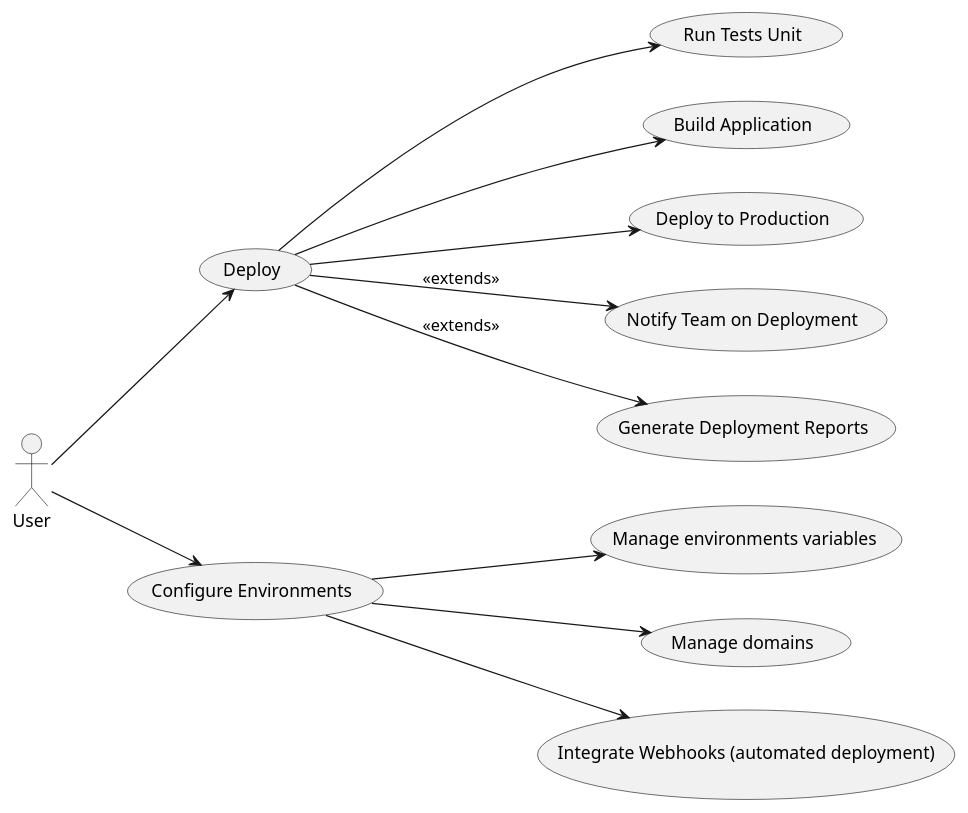
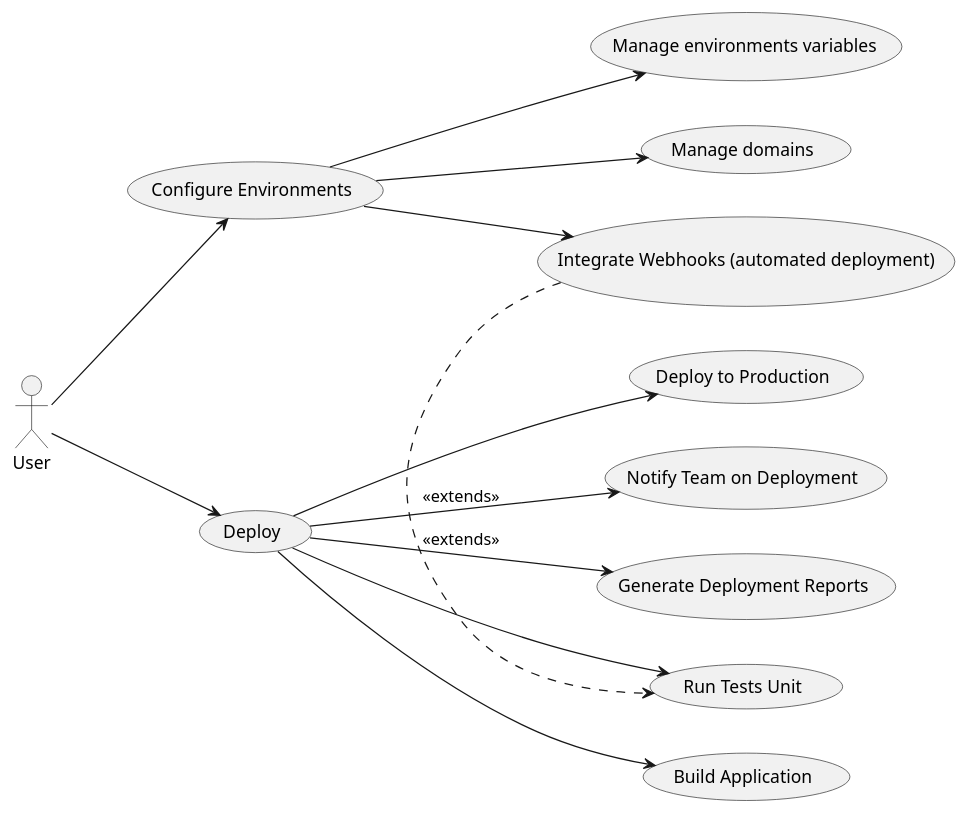
The diagram in Analyse/use-case-diagram.plantuml (Cyclops789/solicode-project-file-rouge), drawn with PlantUML before and after one commit.

```diff
--- a/Analyse/use-case-diagram.plantuml
+++ b/Analyse/use-case-diagram.plantuml
@@ -1,34 +1,36 @@
 @startuml "Deployment app"
 
 left to right direction
 
 actor "User" as User
 
 usecase "Deploy" as Deploy
 usecase "Configure Environments" as Configuration
 
 usecase "Run Tests Unit" as TestsUnit
 usecase "Build Application" as BuildApplication
 usecase "Deploy to Production" as DeployProduction
 
 usecase "Manage environments variables" as ManageEnvVariables
 usecase "Manage domains" as ManageDomains
 usecase "Integrate Webhooks (automated deployment)" as IntegrateWebHooks
 usecase "Notify Team on Deployment" as NotifyTeam
 usecase "Generate Deployment Reports" as DeploymentReports
 
 User --> Deploy
 User --> Configuration
 
 Configuration --> ManageEnvVariables
 Configuration --> ManageDomains
 Configuration --> IntegrateWebHooks
 
+IntegrateWebHooks .> TestsUnit
+
 Deploy --> TestsUnit
 Deploy --> BuildApplication
 Deploy --> DeployProduction
 
 Deploy --> NotifyTeam : <<extends>>
 Deploy --> DeploymentReports : <<extends>>
 
 @enduml
```
